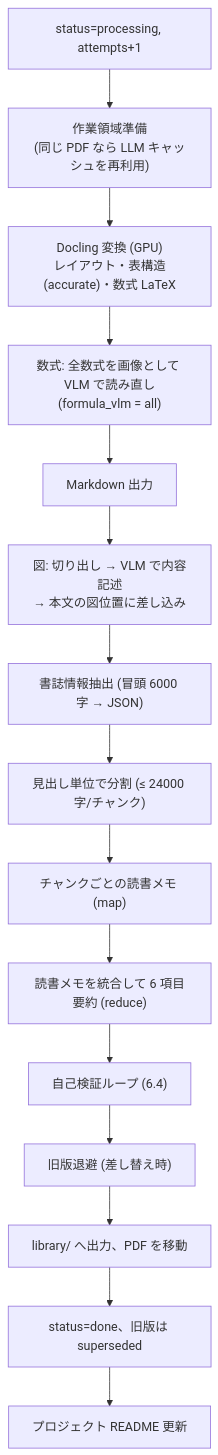
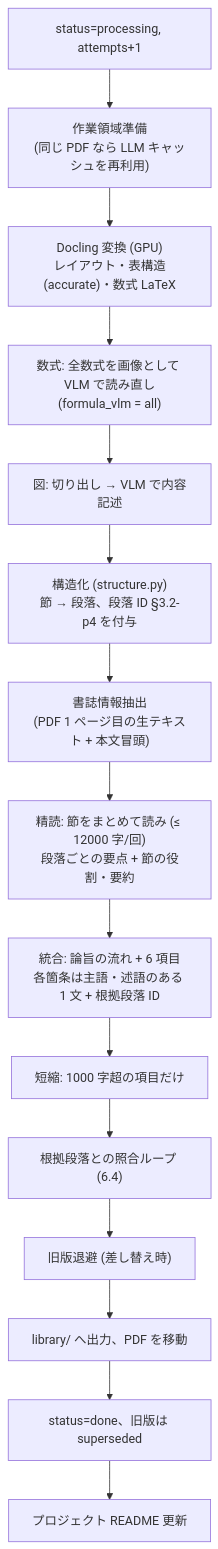
Before and after one commit to hideakiito5273/paper-summarizer: the fourth of 7 diagrams in docs/ARCHITECTURE.md, drawn with Mermaid. The commit also changed other lines of this file and 1 other file, not shown here.

````diff
--- a/docs/ARCHITECTURE.md
+++ b/docs/ARCHITECTURE.md
@@ -202,17 +204,17 @@
 ```mermaid
 flowchart TD
     S["status=processing, attempts+1"] --> W["作業領域準備<br/>(同じ PDF なら LLM キャッシュを再利用)"]
     W --> X1["Docling 変換 (GPU)<br/>レイアウト・表構造(accurate)・数式 LaTeX"]
     X1 --> X2["数式: 全数式を画像として VLM で読み直し<br/>(formula_vlm = all)"]
-    X2 --> X3["Markdown 出力"]
-    X3 --> X4["図: 切り出し → VLM で内容記述<br/>→ 本文の図位置に差し込み"]
-    X4 --> M["書誌情報抽出 (冒頭 6000 字 → JSON)"]
-    M --> S1["見出し単位で分割 (≤ 24000 字/チャンク)"]
-    S1 --> S2["チャンクごとの読書メモ (map)"]
-    S2 --> S3["読書メモを統合して 6 項目要約 (reduce)"]
-    S3 --> V["自己検証ループ (6.4)"]
+    X2 --> X3["図: 切り出し → VLM で内容記述"]
+    X3 --> ST["構造化 (structure.py)<br/>節 → 段落、段落 ID §3.2-p4 を付与"]
+    ST --> M["書誌情報抽出<br/>(PDF 1 ページ目の生テキスト + 本文冒頭)"]
+    M --> R1["精読: 節をまとめて読み (≤ 12000 字/回)<br/>段落ごとの要点 + 節の役割・要約"]
+    R1 --> S3["統合: 論旨の流れ + 6 項目<br/>各箇条は主語・述語のある 1 文 + 根拠段落 ID"]
+    S3 --> SH["短縮: 1000 字超の項目だけ"]
+    SH --> V["根拠段落との照合ループ (6.4)"]
     V --> O1["旧版退避 (差し替え時)"]
     O1 --> O2["library/ へ出力、PDF を移動"]
     O2 --> O3["status=done、旧版は superseded"]
     O3 --> O4["プロジェクト README 更新"]
 ```
````
